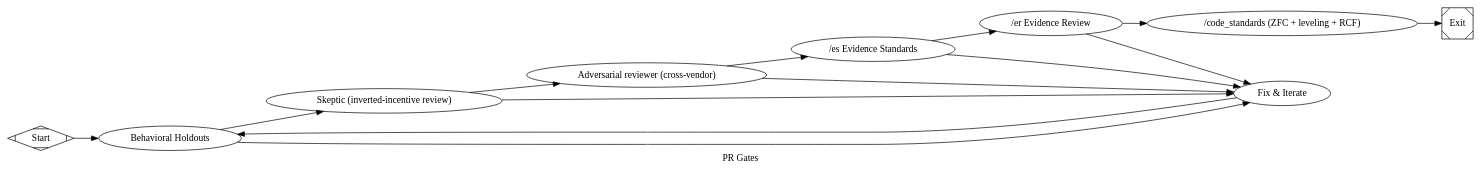
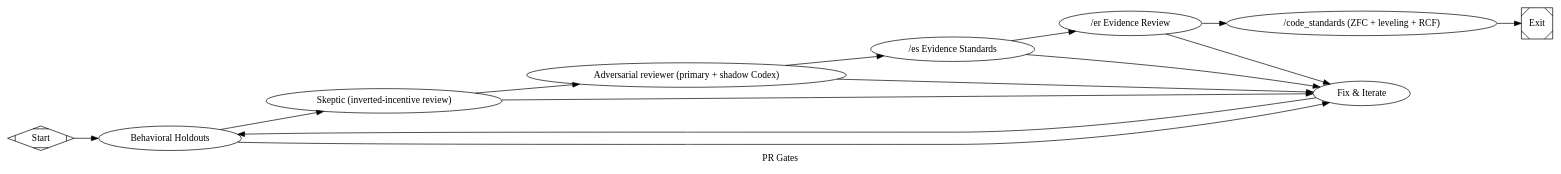
Before and after one commit to jleechanorg/dark-factory: the diagram in pipelines/factory/pr_gates.dot, drawn with Graphviz. The commit also changed 11 other files, not shown here.

```diff
--- a/pipelines/factory/pr_gates.dot
+++ b/pipelines/factory/pr_gates.dot
@@ -1,52 +1,58 @@
 digraph pr_gates {
     graph [
         goal="PR validation: sealed holdouts + 3 adversarial gates."
         level5="true"
         label="PR Gates"
     ]
     rankdir=LR
 
     start [shape=Mdiamond, label="Start"]
     exit  [shape=Msquare,  label="Exit"]
 
     // Holdout-always policy: PR diffs run the sealed behavioral holdouts
     // first — evidence gates grade the diff's story, holdouts grade its
     // behavior. Feature comes from --feature / ctx.state["feature"].
     holdout         [type="holdout_eval",        label="Behavioral Holdouts",          timeout=600]
     gate_skeptic    [type="gate_skeptic",        label="Skeptic (inverted-incentive review)", timeout=600]
-    adversarial_reviewer [type="tool",           label="Adversarial reviewer (cross-vendor)", command="codex exec --yolo --skip-git-repo-check", timeout=600]
+    adversarial_reviewer [
+        type="parallel_reviewer",
+        label="Adversarial reviewer (primary + shadow Codex)",
+        backend_priority="codex,minimax,agy,claude-sonnet",
+        prefer_adversarial="true",
+        timeout=600
+    ]
     gate_es         [type="gate_es",             label="/es Evidence Standards",       timeout=600]
     gate_er         [type="gate_er",             label="/er Evidence Review",           timeout=600]
     gate_cs         [type="gate_code_standards", label="/code_standards (ZFC + leveling + RCF)", timeout=600]
 
     // Bounded fix loop: any reviewer verdict other than success routes here
     // so the PR lane can iterate on the diff rather than terminating on a
     // first failure (per factory-evolve G2 fix-loop contract).
     fix [
         type="codergen",
         label="Fix & Iterate",
         class="fix",
         prompt="@prompts/slim/fix.md",
         max_visits="3",
         timeout=600
     ]
 
     start -> holdout
     holdout -> gate_skeptic [condition="outcome=success"]
     holdout -> fix         [condition="outcome!=success"]
 
     gate_skeptic -> adversarial_reviewer [condition="outcome=success"]
     gate_skeptic -> fix                  [condition="outcome!=success"]
 
     adversarial_reviewer -> gate_es [condition="outcome=success"]
     adversarial_reviewer -> fix     [condition="outcome!=success"]
 
     gate_es -> gate_er [condition="outcome=success"]
     gate_es -> fix     [condition="outcome!=success"]
 
     gate_er -> gate_cs [condition="outcome=success"]
     gate_er -> fix     [condition="outcome!=success"]
 
     gate_cs -> exit
     fix -> holdout
 }
```
